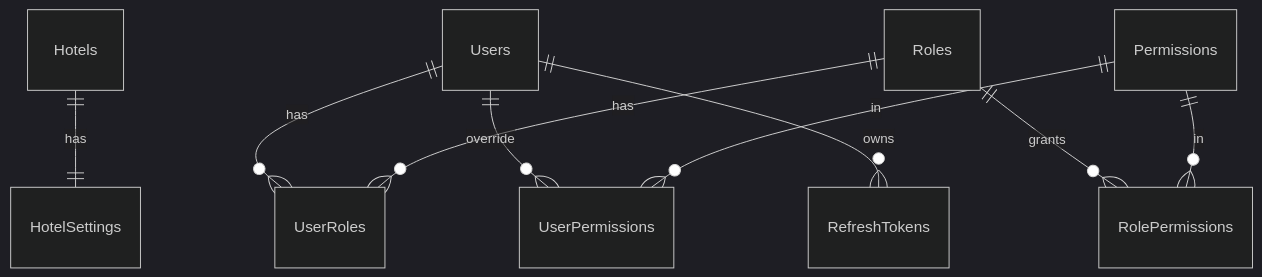
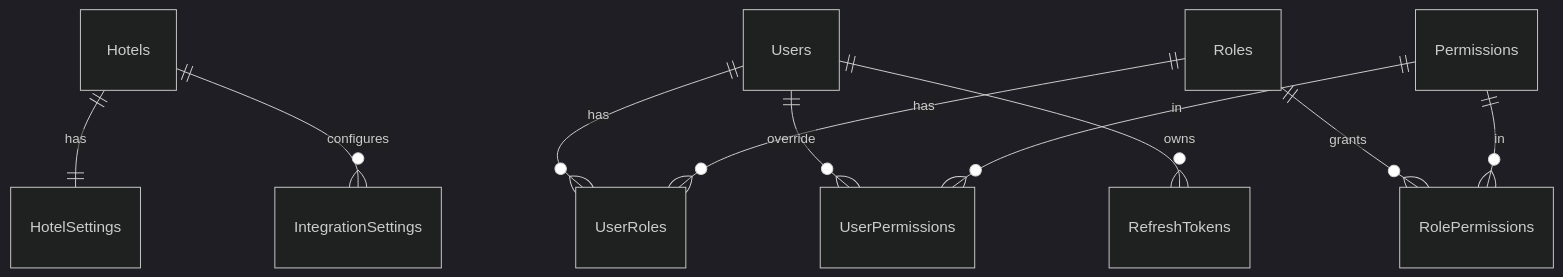
One commit to AdiletToigonbaev/hms changed the first of 6 diagrams in docs/database/er-diagram.md. Above: the diagram before and after it, drawn with Mermaid (dark theme). The commit also changed other lines of this file and 10 other files, not shown here.

````diff
--- a/docs/database/er-diagram.md
+++ b/docs/database/er-diagram.md
@@ -6,11 +8,12 @@
 ```mermaid
 erDiagram
   Hotels ||--|| HotelSettings : has
+  Hotels ||--o{ IntegrationSettings : configures
   Users ||--o{ UserRoles : has
   Roles ||--o{ UserRoles : has
   Roles ||--o{ RolePermissions : grants
   Permissions ||--o{ RolePermissions : in
   Users ||--o{ UserPermissions : override
   Permissions ||--o{ UserPermissions : in
   Users ||--o{ RefreshTokens : owns
 ```
````
